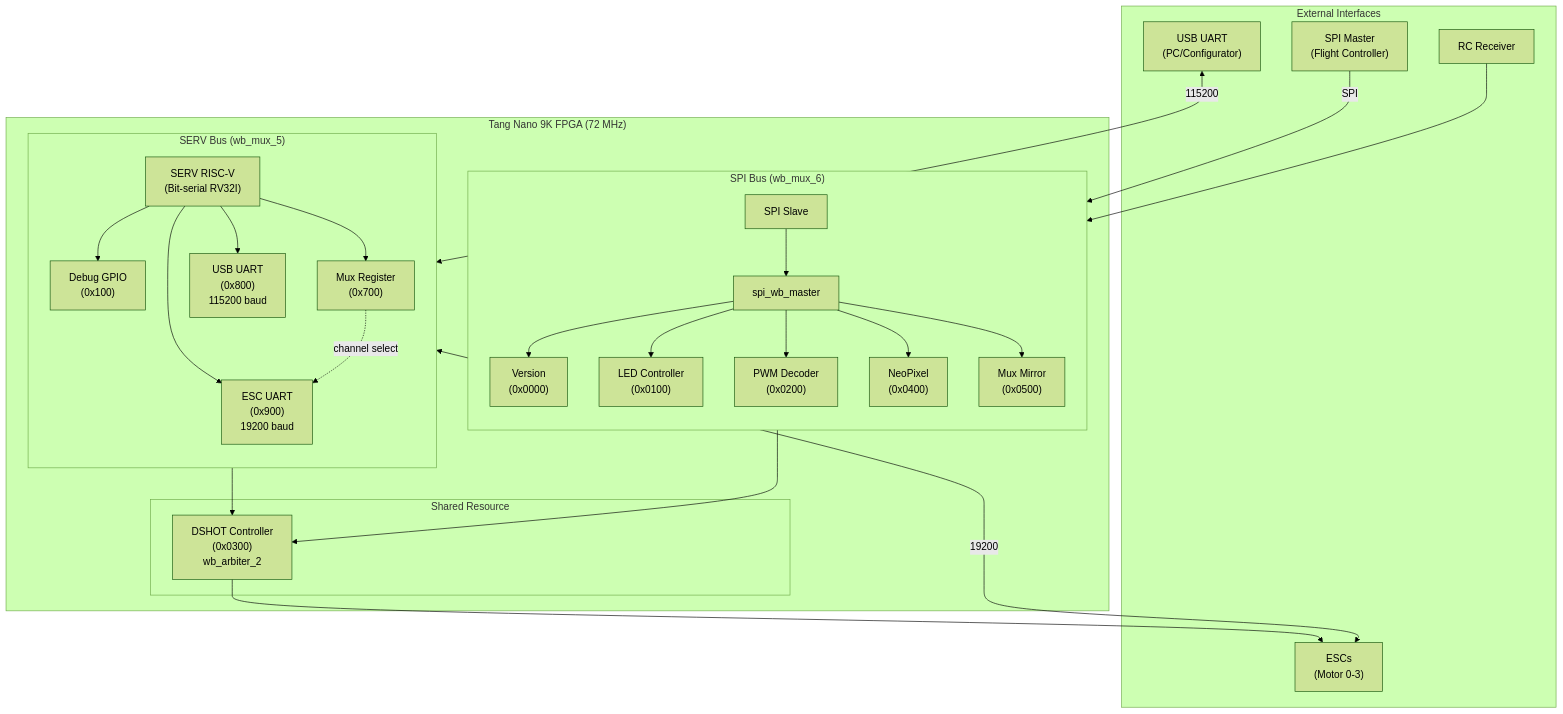
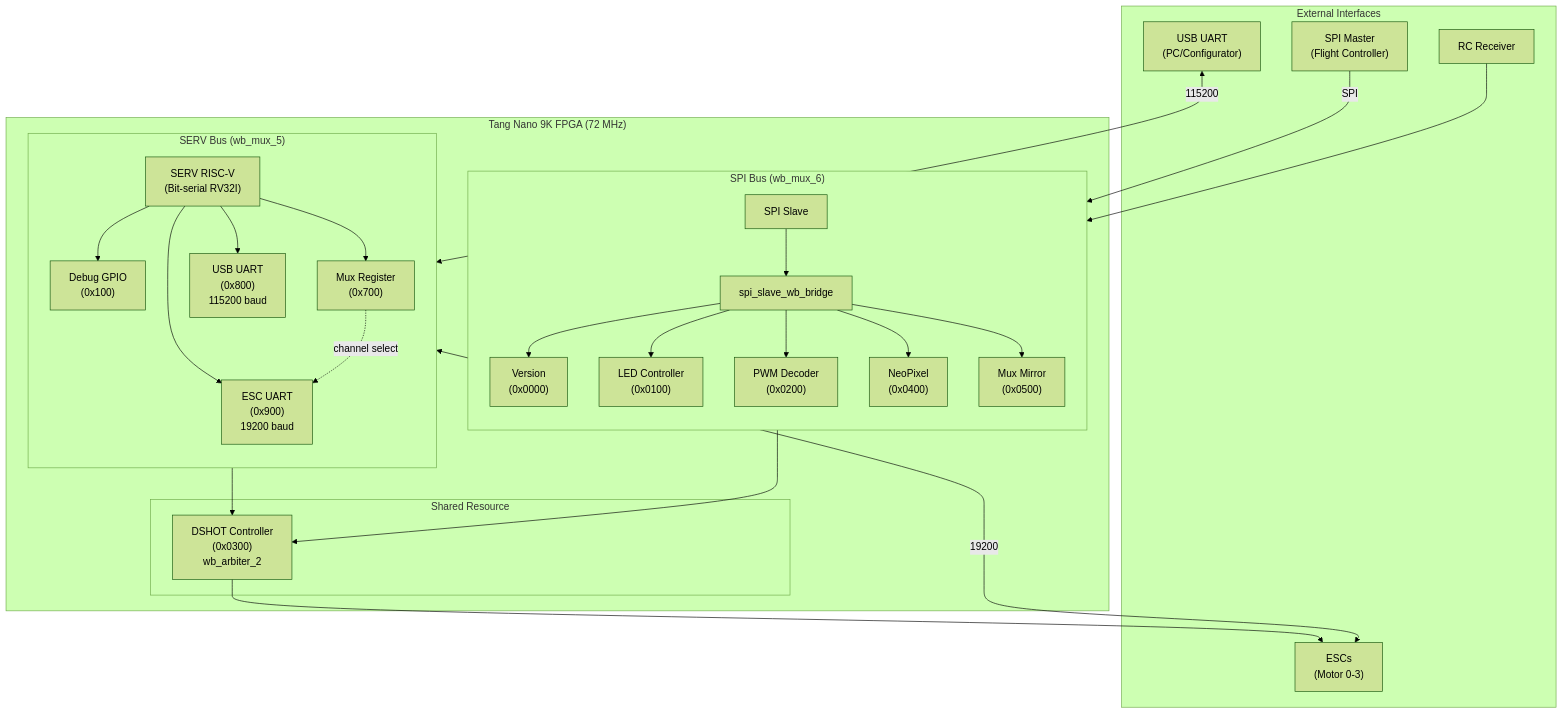
One commit to tcmichals/HacksterIO changed the diagram in SPIQuadCopter/docs/system_block_diagram.md. Above: the diagram before and after it, drawn with Mermaid (forest theme). The commit also changed 6 other files, not shown here.

````diff
--- a/SPIQuadCopter/docs/system_block_diagram.md
+++ b/SPIQuadCopter/docs/system_block_diagram.md
@@ -5,63 +5,63 @@
 ```mermaid
 flowchart TB
   subgraph EXTERNAL["External Interfaces"]
     SPI_MASTER["SPI Master\n(Flight Controller)"]
     USB["USB UART\n(PC/Configurator)"]
     ESC["ESCs\n(Motor 0-3)"]
     RC["RC Receiver"]
   end
 
   subgraph FPGA["Tang Nano 9K FPGA (72 MHz)"]
 
     subgraph SPI_BUS["SPI Bus (wb_mux_6)"]
       direction TB
       SPI_SLAVE["SPI Slave"]
-      SPI_WB["spi_wb_master"]
+      SPI_WB["spi_slave_wb_bridge"]
       VER["Version\n(0x0000)"]
       LED["LED Controller\n(0x0100)"]
       PWM["PWM Decoder\n(0x0200)"]
       NEOPX["NeoPixel\n(0x0400)"]
       MUX_MIRROR["Mux Mirror\n(0x0500)"]
     end
 
     subgraph ARBITER["Shared Resource"]
       DSHOT["DSHOT Controller\n(0x0300)\nwb_arbiter_2"]
     end
 
     subgraph SERV_BUS["SERV Bus (wb_mux_5)"]
       direction TB
       SERV["SERV RISC-V\n(Bit-serial RV32I)"]
       DEBUG_GPIO["Debug GPIO\n(0x100)"]
       MUX_REG["Mux Register\n(0x700)"]
       USB_UART["USB UART\n(0x800)\n115200 baud"]
       ESC_UART["ESC UART\n(0x900)\n19200 baud"]
     end
 
   end
 
   %% SPI Bus connections
   SPI_MASTER -->|SPI| SPI_SLAVE
   SPI_SLAVE --> SPI_WB
   SPI_WB --> VER
   SPI_WB --> LED
   SPI_WB --> PWM
   SPI_WB --> NEOPX
   SPI_WB --> MUX_MIRROR
   SPI_WB --> DSHOT
 
   %% SERV Bus connections
   SERV --> DEBUG_GPIO
   SERV --> MUX_REG
   SERV --> USB_UART
   SERV --> ESC_UART
   SERV --> DSHOT
 
   %% External connections
   USB <-->|115200| USB_UART
   ESC_UART <-->|19200| ESC
   RC --> PWM
   DSHOT --> ESC
 
   %% Mux register -> motor pin selection
   MUX_REG -.->|channel select| ESC_UART
 ```
````
